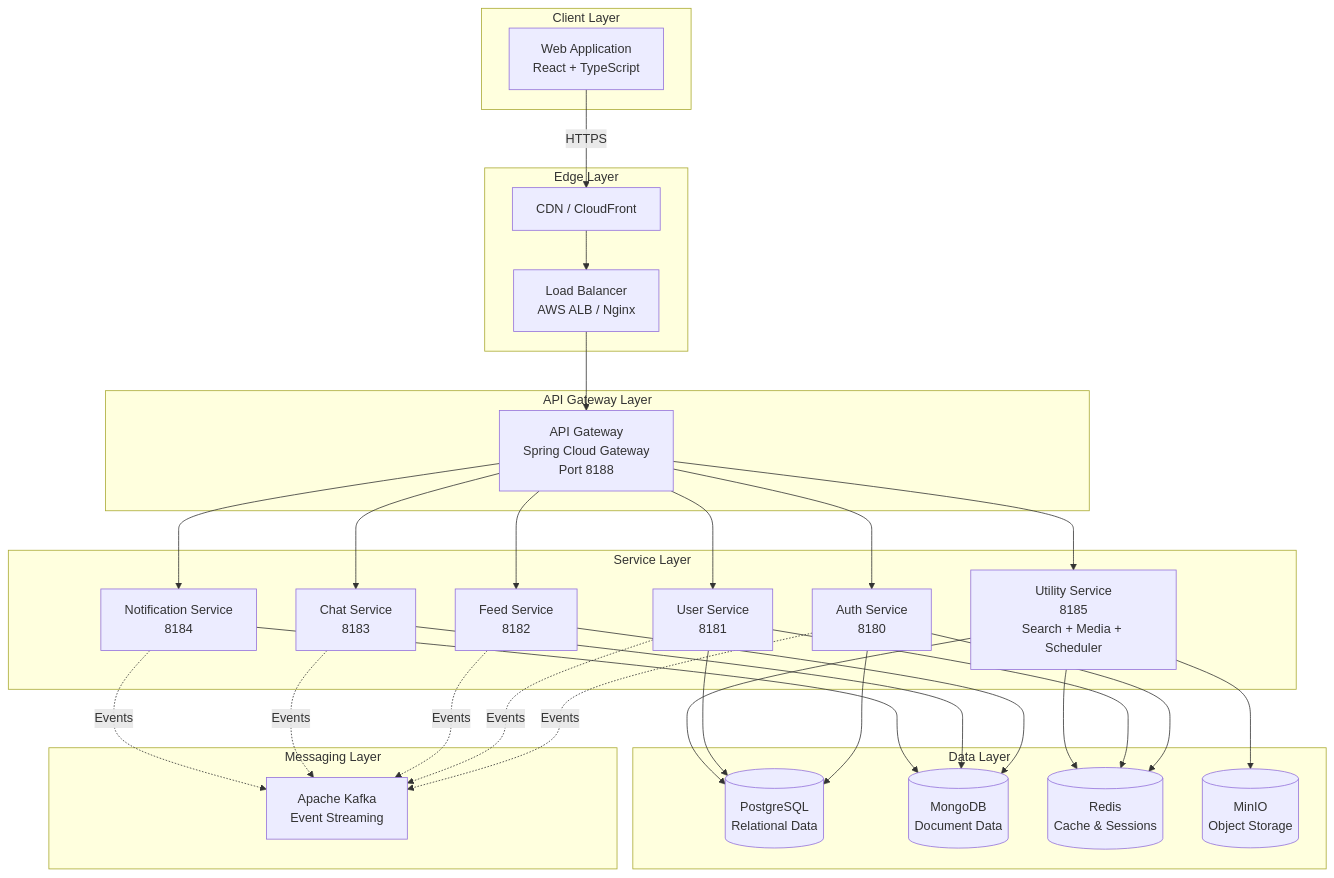
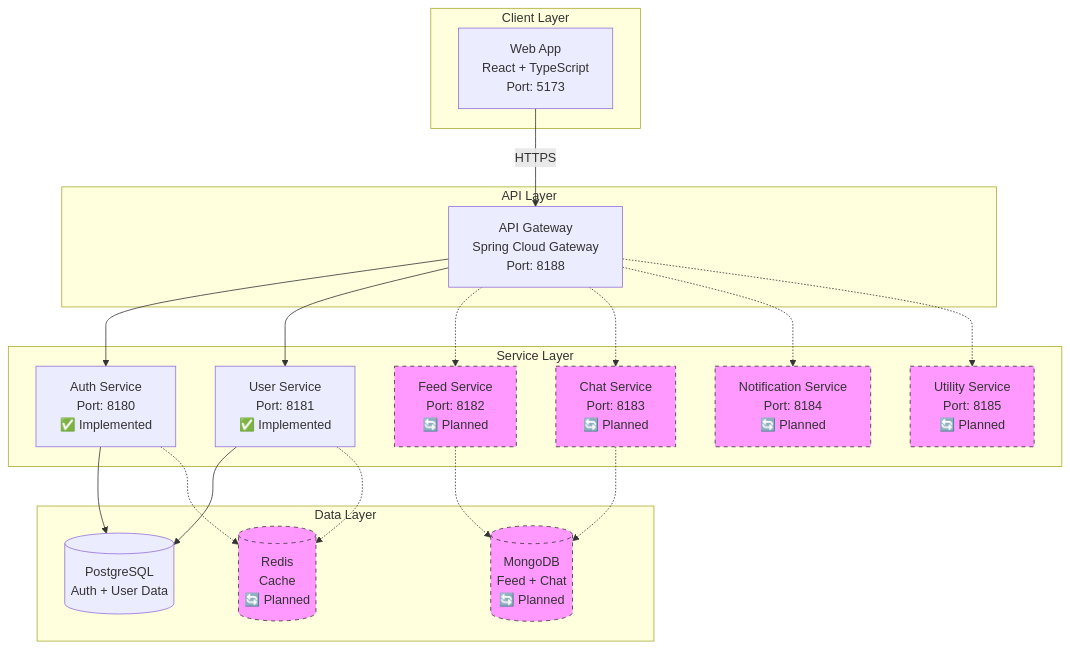
One commit to quanghugo/Day-Pulse changed the first of 2 diagrams in documents/SYSTEM_ARCHITECTURE.md. Above: the diagram before and after it, drawn with Mermaid. The commit also changed other lines of this file and 26 other files, not shown here.

````diff
--- a/documents/SYSTEM_ARCHITECTURE.md
+++ b/documents/SYSTEM_ARCHITECTURE.md
@@ -99,64 +27,47 @@
 ```mermaid
 graph TB
-    subgraph ClientLayer [Client Layer]
-        WebApp[Web Application<br/>React + TypeScript]
+    subgraph "Client Layer"
+        Web[Web App<br/>React + TypeScript<br/>Port: 5173]
     end
-    
-    subgraph EdgeLayer [Edge Layer]
-        CDN[CDN / CloudFront]
-        LoadBalancer[Load Balancer<br/>AWS ALB / Nginx]
+
+    subgraph "API Layer"
+        Gateway[API Gateway<br/>Spring Cloud Gateway<br/>Port: 8188]
     end
-    
-    subgraph APILayer [API Gateway Layer]
-        Gateway[API Gateway<br/>Spring Cloud Gateway<br/>Port 8188]
+
+    subgraph "Service Layer"
+        Auth[Auth Service<br/>Port: 8180<br/>✅ Implemented]
+        User[User Service<br/>Port: 8181<br/>✅ Implemented]
+        Feed[Feed Service<br/>Port: 8182<br/>🔄 Planned]
+        Chat[Chat Service<br/>Port: 8183<br/>🔄 Planned]
+        Notif[Notification Service<br/>Port: 8184<br/>🔄 Planned]
+        Util[Utility Service<br/>Port: 8185<br/>🔄 Planned]
     end
-    
-    subgraph ServiceLayer [Service Layer]
-        AuthSvc[Auth Service<br/>8180]
-        UserSvc[User Service<br/>8181]
-        FeedSvc[Feed Service<br/>8182]
-        ChatSvc[Chat Service<br/>8183]
-        NotifSvc[Notification Service<br/>8184]
-        UtilSvc[Utility Service<br/>8185<br/>Search + Media + Scheduler]
+
+    subgraph "Data Layer"
+        PG[(PostgreSQL<br/>Auth + User Data)]
+        Mongo[(MongoDB<br/>Feed + Chat<br/>🔄 Planned)]
+        Redis[(Redis<br/>Cache<br/>🔄 Planned)]
     end
-    
-    subgraph DataLayer [Data Layer]
-        PostgreSQL[(PostgreSQL<br/>Relational Data)]
-        MongoDB[(MongoDB<br/>Document Data)]
-        Redis[(Redis<br/>Cache & Sessions)]
-        MinIO[(MinIO<br/>Object Storage)]
-    end
-    
-    subgraph MessagingLayer [Messaging Layer]
-        Kafka[Apache Kafka<br/>Event Streaming]
-    end
-    
-    WebApp -->|HTTPS| CDN
-    CDN --> LoadBalancer
-    LoadBalancer --> Gateway
-    
-    Gateway --> AuthSvc
-    Gateway --> UserSvc
-    Gateway --> FeedSvc
-    Gateway --> ChatSvc
-    Gateway --> NotifSvc
-    Gateway --> UtilSvc
-    
-    AuthSvc --> PostgreSQL
-    UserSvc --> PostgreSQL
-    FeedSvc --> MongoDB
-    ChatSvc --> MongoDB
-    NotifSvc --> MongoDB
-    UtilSvc --> PostgreSQL
-    UtilSvc --> MinIO
-    
-    AuthSvc --> Redis
-    UserSvc --> Redis
-    UtilSvc --> Redis
-    
-    AuthSvc -.->|Events| Kafka
-    UserSvc -.->|Events| Kafka
-    FeedSvc -.->|Events| Kafka
-    ChatSvc -.->|Events| Kafka
-    NotifSvc -.->|Events| Kafka
+
+    Web -->|HTTPS| Gateway
+    Gateway --> Auth
+    Gateway --> User
+    Gateway -.-> Feed
+    Gateway -.-> Chat
+    Gateway -.-> Notif
+    Gateway -.-> Util
+
+    Auth --> PG
+    User --> PG
+    Feed -.-> Mongo
+    Chat -.-> Mongo
+    Auth -.-> Redis
+    User -.-> Redis
+
+    style Feed fill:#f9f,stroke:#333,stroke-dasharray: 5 5
+    style Chat fill:#f9f,stroke:#333,stroke-dasharray: 5 5
+    style Notif fill:#f9f,stroke:#333,stroke-dasharray: 5 5
+    style Util fill:#f9f,stroke:#333,stroke-dasharray: 5 5
+    style Mongo fill:#f9f,stroke:#333,stroke-dasharray: 5 5
+    style Redis fill:#f9f,stroke:#333,stroke-dasharray: 5 5
 ```
````
